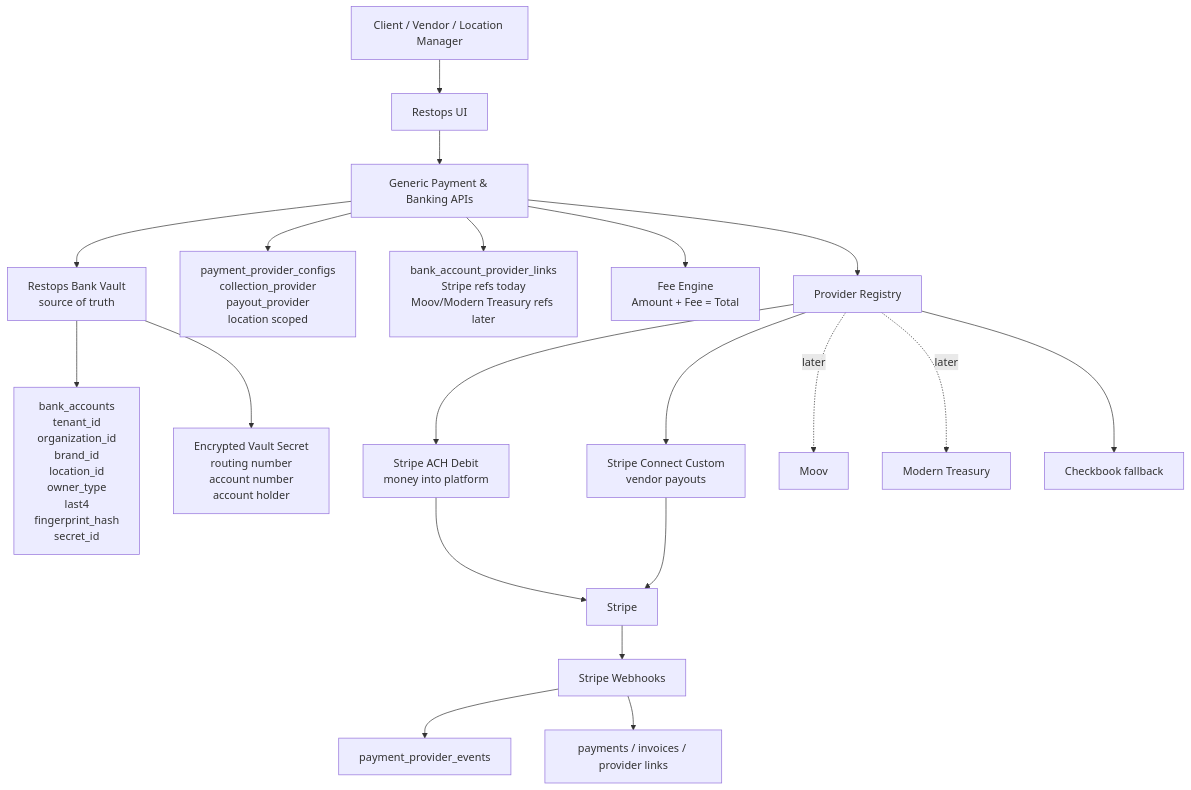
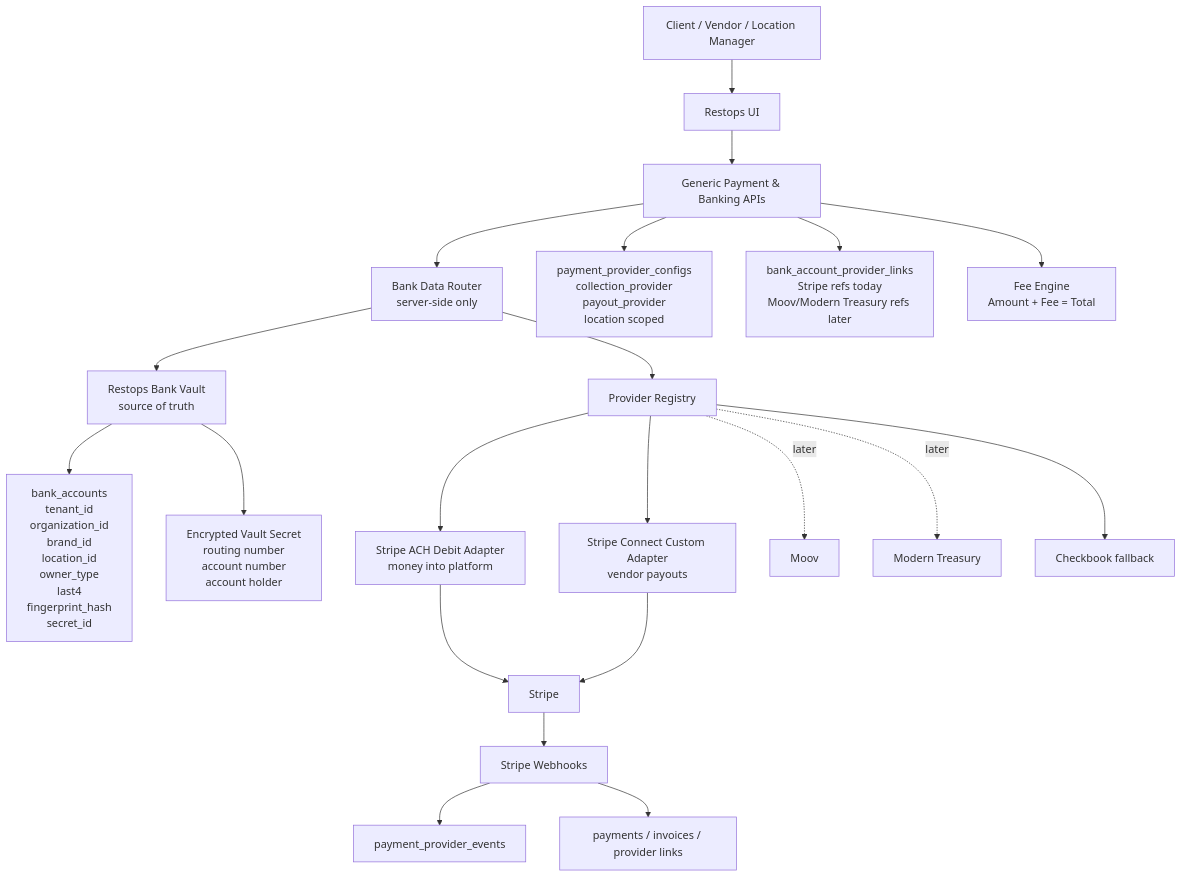
One commit to KarthikUppalapati57/MED changed the second of 7 diagrams in code/docs/provider_neutral_ach_payment_architecture_plan.md. Above: the diagram before and after it, drawn with Mermaid. The commit also changed other lines of this file and 5 other files, not shown here.

````diff
--- a/code/docs/provider_neutral_ach_payment_architecture_plan.md
+++ b/code/docs/provider_neutral_ach_payment_architecture_plan.md
@@ -54,33 +54,35 @@
 ```mermaid
 flowchart TD
     U["Client / Vendor / Location Manager"] --> UI["Restops UI"]
 
     UI --> API["Generic Payment & Banking APIs"]
 
-    API --> VAULT["Restops Bank Vault<br/>source of truth"]
+    API --> ROUTER["Bank Data Router<br/>server-side only"]
+
+    ROUTER --> VAULT["Restops Bank Vault<br/>source of truth"]
 
     VAULT --> BA["bank_accounts<br/>tenant_id<br/>organization_id<br/>brand_id<br/>location_id<br/>owner_type<br/>last4<br/>fingerprint_hash<br/>secret_id"]
 
     VAULT --> SECRET["Encrypted Vault Secret<br/>routing number<br/>account number<br/>account holder"]
 
     API --> CFG["payment_provider_configs<br/>collection_provider<br/>payout_provider<br/>location scoped"]
 
     API --> LINKS["bank_account_provider_links<br/>Stripe refs today<br/>Moov/Modern Treasury refs later"]
 
     API --> FEES["Fee Engine<br/>Amount + Fee = Total"]
 
-    API --> REG["Provider Registry"]
+    ROUTER --> REG["Provider Registry"]
 
-    REG --> STRIPEIN["Stripe ACH Debit<br/>money into platform"]
-    REG --> STRIPEOUT["Stripe Connect Custom<br/>vendor payouts"]
+    REG --> STRIPEIN["Stripe ACH Debit Adapter<br/>money into platform"]
+    REG --> STRIPEOUT["Stripe Connect Custom Adapter<br/>vendor payouts"]
     REG -. later .-> MOOV["Moov"]
     REG -. later .-> MT["Modern Treasury"]
     REG --> CHECKBOOK["Checkbook fallback"]
 
     STRIPEIN --> STRIPE["Stripe"]
     STRIPEOUT --> STRIPE
 
     STRIPE --> WH["Stripe Webhooks"]
     WH --> EVENTS["payment_provider_events"]
     WH --> PAY["payments / invoices / provider links"]
 ```
````
